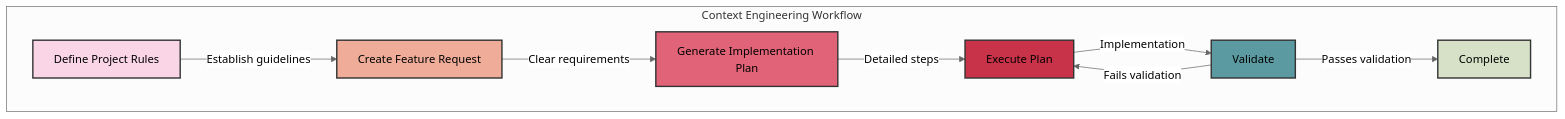
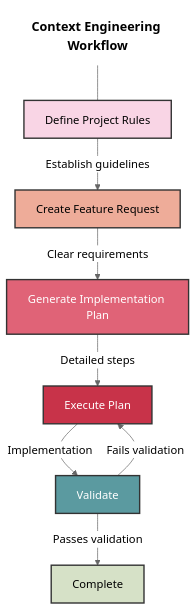
Before and after one commit to SalmanNouman/Context-Engineering: the diagram in images/diagrams/context-engineering-workflow.md, drawn with Mermaid (neutral theme).

````diff
--- a/images/diagrams/context-engineering-workflow.md
+++ b/images/diagrams/context-engineering-workflow.md
@@ -1,25 +1,21 @@
 ```mermaid
 flowchart TD
+    title["Context Engineering Workflow"]
+    title --- A
+    
     A[Define Project Rules] -->|Establish guidelines| B[Create Feature Request]
     B -->|Clear requirements| C[Generate Implementation Plan]
     C -->|Detailed steps| D[Execute Plan]
     D -->|Implementation| E[Validate]
     E -->|Passes validation| F[Complete]
     E -->|Fails validation| D
     
-    subgraph "Context Engineering Workflow"
-    A
-    B
-    C
-    D
-    E
-    F
-    end
-    
-    style A fill:#f9d5e5,stroke:#333,stroke-width:2px
-    style B fill:#eeac99,stroke:#333,stroke-width:2px
-    style C fill:#e06377,stroke:#333,stroke-width:2px
-    style D fill:#c83349,stroke:#333,stroke-width:2px
-    style E fill:#5b9aa0,stroke:#333,stroke-width:2px
-    style F fill:#d6e1c7,stroke:#333,stroke-width:2px
+    %% Style nodes with contrasting text colors for better visibility
+    style title fill:none,stroke:none,color:black,font-weight:bold,font-size:18px
+    style A fill:#f9d5e5,stroke:#333,stroke-width:2px,color:black
+    style B fill:#eeac99,stroke:#333,stroke-width:2px,color:black
+    style C fill:#e06377,stroke:#333,stroke-width:2px,color:white
+    style D fill:#c83349,stroke:#333,stroke-width:2px,color:white
+    style E fill:#5b9aa0,stroke:#333,stroke-width:2px,color:white
+    style F fill:#d6e1c7,stroke:#333,stroke-width:2px,color:black
 ```
````
